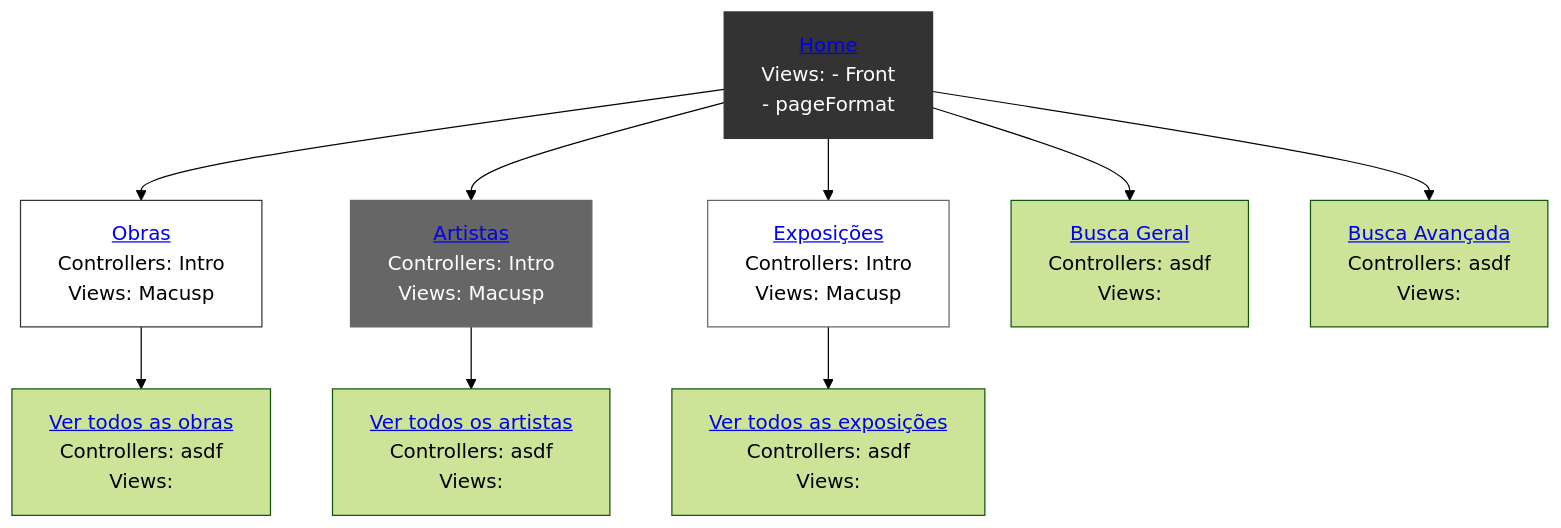
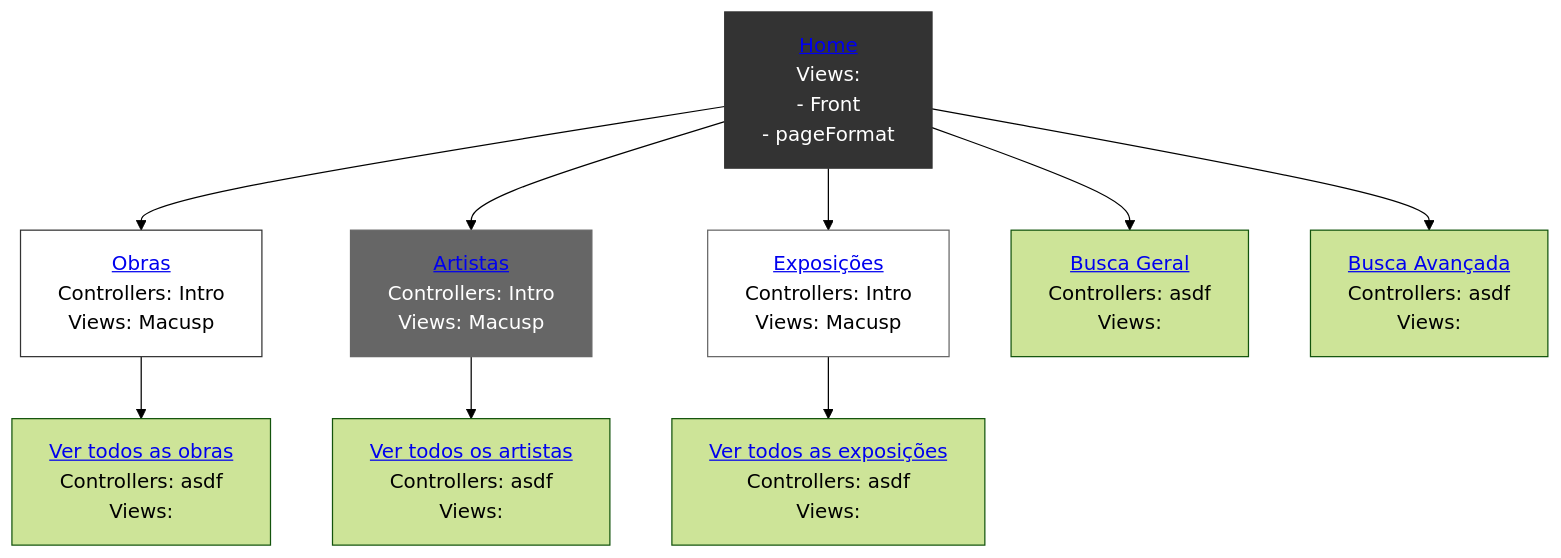
One commit to reynaldocv/macusp changed the diagram in README.md. Above: the diagram before and after it, drawn with Mermaid (forest theme).

````diff
--- a/README.md
+++ b/README.md
@@ -245,29 +245,29 @@
 ```mermaid
 graph TD
     %% Parte superior e inferior del primer puesto
-    home["           <a href='http://143.107.130.173/admacervo/macusp/index.php'> Home </a> <br> Views: - Front <br> - pageFormat"]
+    home["           <a href='http://143.107.130.173/admacervo/macusp/index.php'> Home </a> <br> Views: <br> - Front <br> - pageFormat"]
     works["          <a href='http://143.107.130.173/admacervo/macusp/index.php/Intro/works'>Obras</a>      <br> Controllers: Intro <br> Views: Macusp"]
     artists["        <a href='http://143.107.130.173/admacervo/macusp/index.php/Intro/artists'>Artistas</a>  <br> Controllers: Intro <br> Views: Macusp"]
     exhibitions["    <a href='http://143.107.130.173/admacervo/macusp/index.php/Intro/exhibitions'>Exposições</a> <br> Controllers: Intro <br> Views: Macusp"]
     search["         <a href='https://link.com'> Busca Geral </a> <br>  Controllers: asdf <br>  Views: "]
     advancedSearch[" <a href='https://link.com'> Busca Avançada</a> <br>  Controllers: </strong> asdf <br>  Views: "]
     viewWorks[" <a href='https://link.com'> Ver todos as obras</a> <br>  Controllers: </strong> asdf <br>  Views: "]
     viewArtists[" <a href='https://link.com'> Ver todos os artistas</a> <br>  Controllers: </strong> asdf <br>  Views: "]
     viewExhibitions[" <a href='https://link.com'> Ver todos as exposições</a> <br>  Controllers: </strong> asdf <br>  Views: "]
     
     %% Conexión del organigrama (une la parte inferior de uno con la superior del otro)
     home --> works
     home --> artists
     home --> exhibitions
     home --> search
     home --> advancedSearch
     works --> viewWorks
     artists --> viewArtists    
     exhibitions --> viewExhibitions
 
     %% Estilos para que parezcan una sola pieza
     style home fill:#333,stroke:#333,color:#fff
     style works fill:#fff,stroke:#333
     style artists fill:#666,stroke:#666,color:#fff
     style exhibitions fill:#fff,stroke:#666
 ```
````
